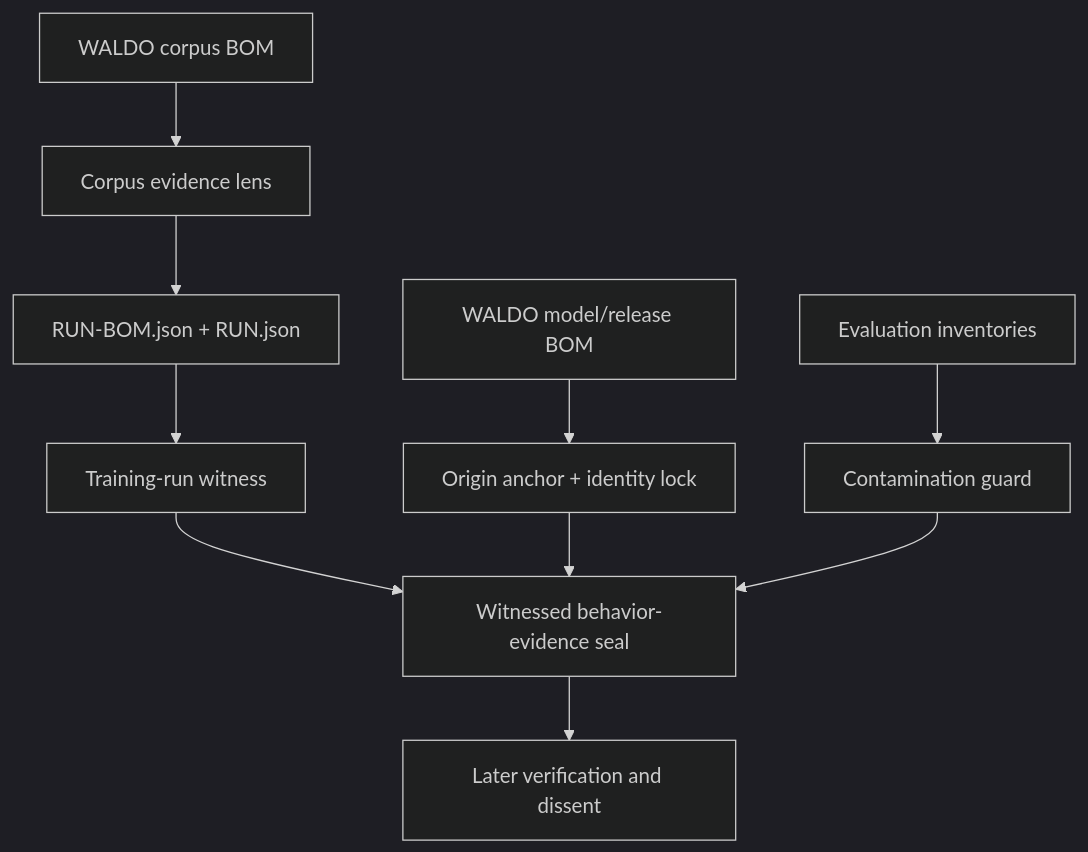
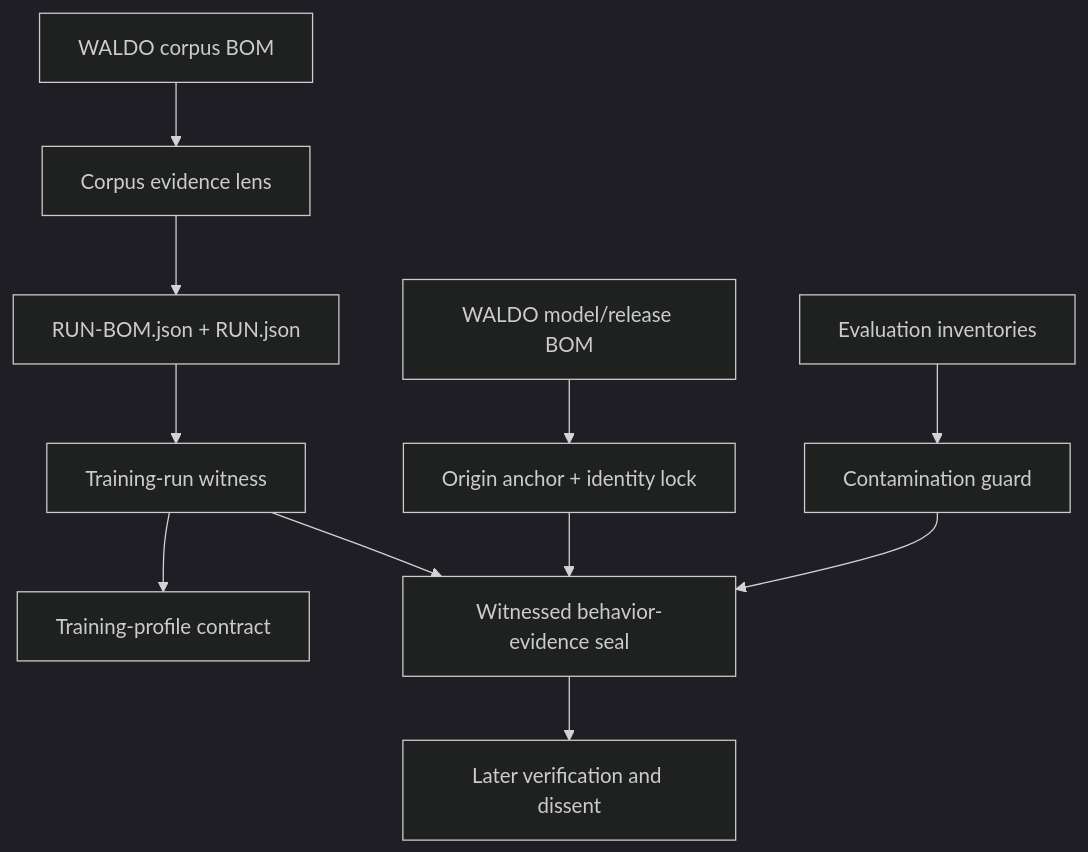
The diagram in AXM_MIRROR_EXPERIMENT.md (mike-axiom-mir/waldo-axm-mirror-research), drawn with Mermaid (dark theme) before and after one commit. The commit also changed other lines of this file and 10 other files, not shown here.

Commit message:
research: witness WALDO training profile contracts

````diff
--- a/AXM_MIRROR_EXPERIMENT.md
+++ b/AXM_MIRROR_EXPERIMENT.md
@@ -29,12 +29,13 @@
 ```mermaid
 flowchart TD
     A["WALDO corpus BOM"] --> B["Corpus evidence lens"]
     B --> C["RUN-BOM.json + RUN.json"]
     C --> D["Training-run witness"]
-    E["WALDO model/release BOM"] --> F["Origin anchor + identity lock"]
-    D --> G["Witnessed behavior-evidence seal"]
-    F --> G
-    H["Evaluation inventories"] --> I["Contamination guard"]
-    I --> G
-    G --> J["Later verification and dissent"]
+    D --> E["Training-profile contract"]
+    F["WALDO model/release BOM"] --> G["Origin anchor + identity lock"]
+    D --> H["Witnessed behavior-evidence seal"]
+    G --> H
+    I["Evaluation inventories"] --> J["Contamination guard"]
+    J --> H
+    H --> K["Later verification and dissent"]
 ```
````
